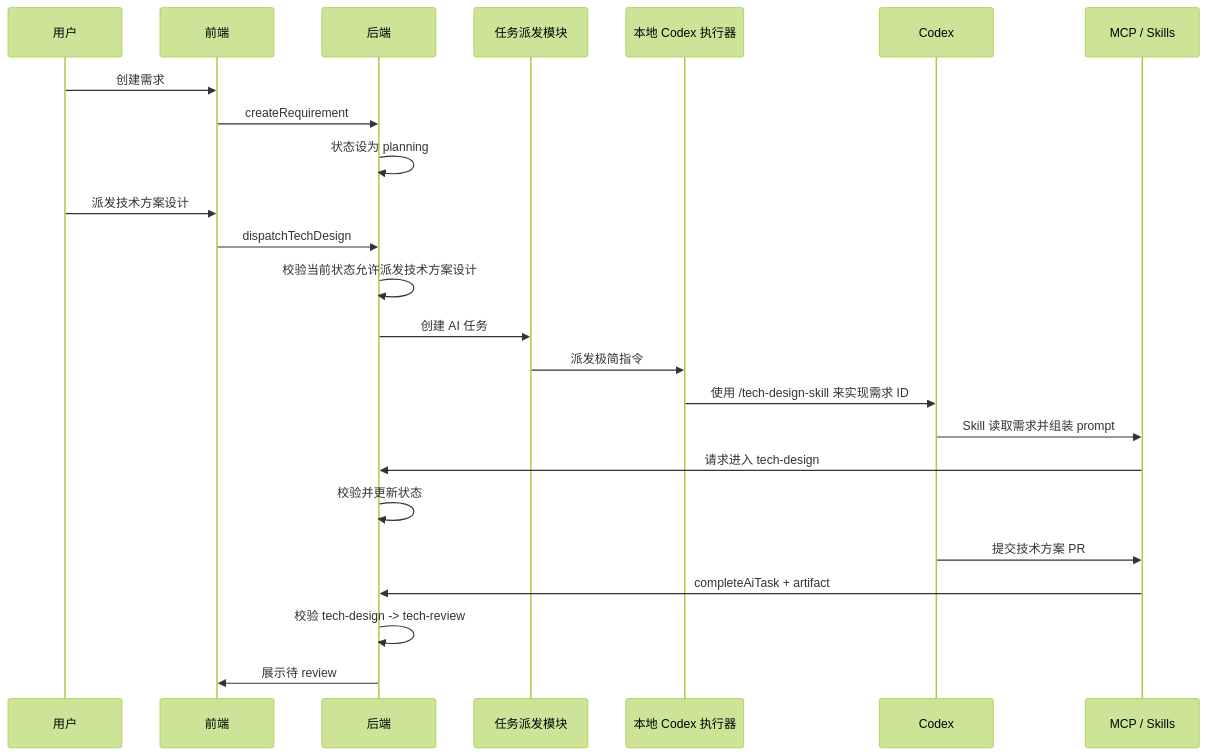
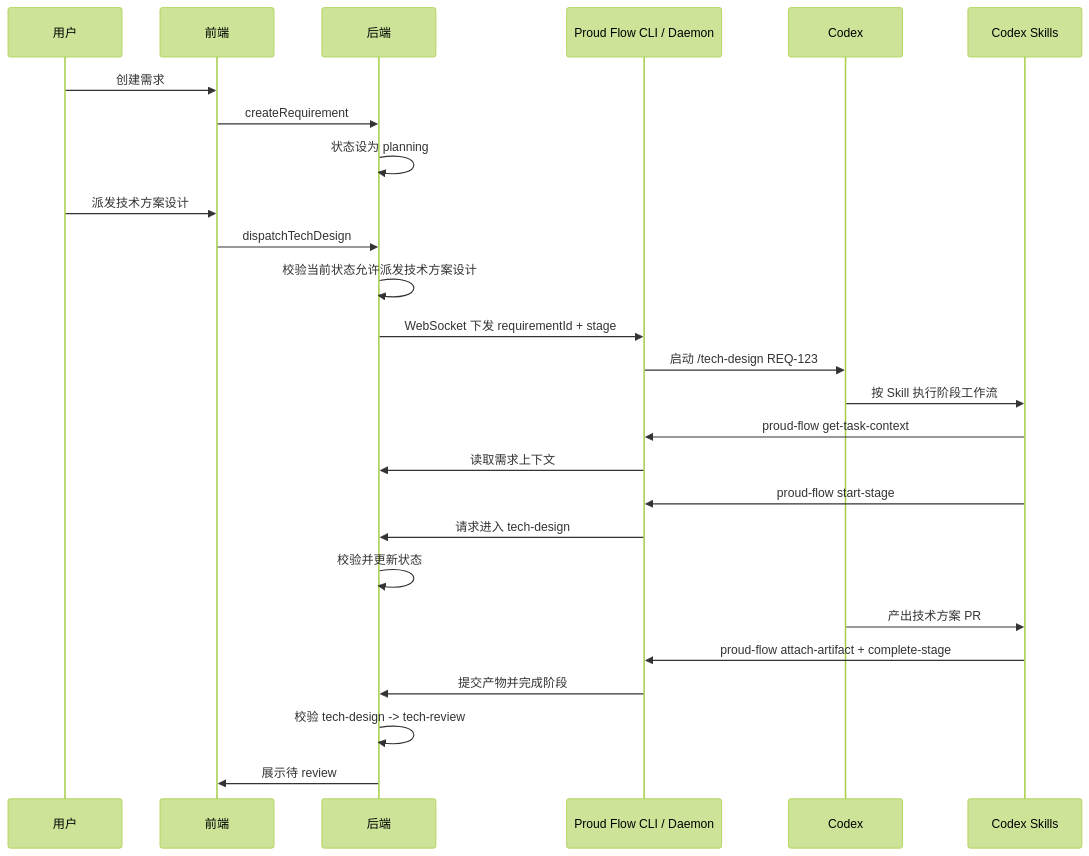
The second of 4 diagrams in docs/product-design.md (chaoyang805/proud-flow), drawn with Mermaid (forest theme) before and after one commit. The commit also changed other lines of this file and 9 other files, not shown here.

Commit message:
docs: expand proud-flow architecture plans

````diff
--- a/docs/product-design.md
+++ b/docs/product-design.md
@@ -189,27 +157,29 @@
 ```mermaid
 sequenceDiagram
   participant U as 用户
   participant F as 前端
   participant B as 后端
-  participant D as 任务派发模块
-  participant A as 本地 Codex 执行器
+  participant L as Proud Flow CLI / Daemon
   participant C as Codex
-  participant M as MCP / Skills
+  participant S as Codex Skills
 
   U->>F: 创建需求
   F->>B: createRequirement
   B->>B: 状态设为 planning
   U->>F: 派发技术方案设计
   F->>B: dispatchTechDesign
   B->>B: 校验当前状态允许派发技术方案设计
-  B->>D: 创建 AI 任务
-  D->>A: 派发极简指令
-  A->>C: 使用 /tech-design-skill 来实现需求 ID
-  C->>M: Skill 读取需求并组装 prompt
-  M->>B: 请求进入 tech-design
+  B->>L: WebSocket 下发 requirementId + stage
+  L->>C: 启动 /tech-design REQ-123
+  C->>S: 按 Skill 执行阶段工作流
+  S->>L: proud-flow get-task-context
+  L->>B: 读取需求上下文
+  S->>L: proud-flow start-stage
+  L->>B: 请求进入 tech-design
   B->>B: 校验并更新状态
-  C->>M: 提交技术方案 PR
-  M->>B: completeAiTask + artifact
+  C->>S: 产出技术方案 PR
+  S->>L: proud-flow attach-artifact + complete-stage
+  L->>B: 提交产物并完成阶段
   B->>B: 校验 tech-design -> tech-review
   B->>F: 展示待 review
 ```
````
